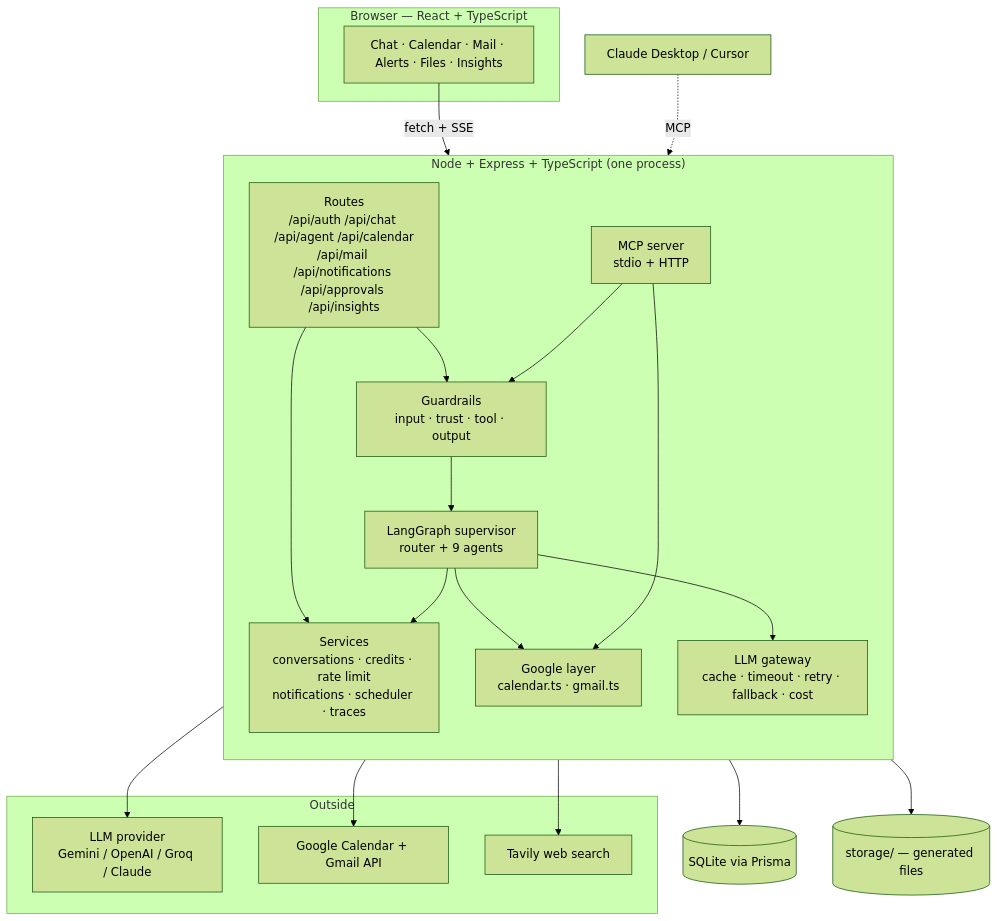
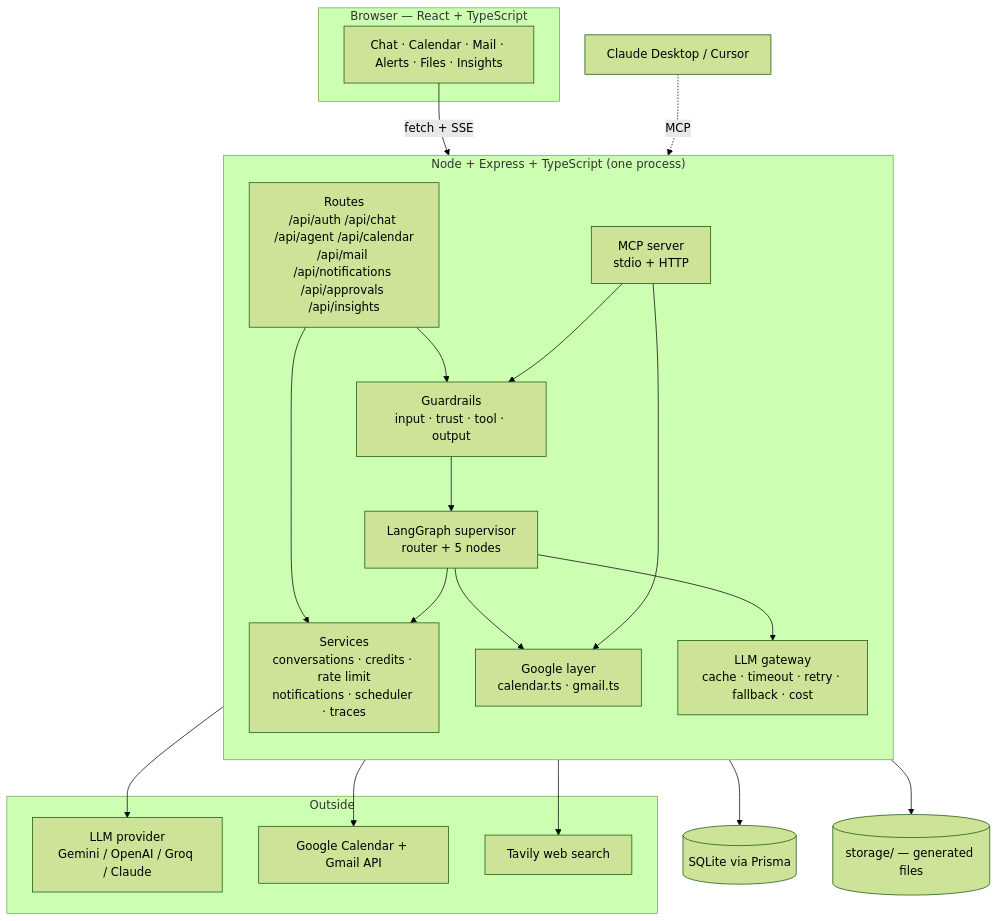
The first of 13 diagrams in docs/03-ARCHITECTURE.md (X-Rachit-X/AI_Secretary), drawn with Mermaid (forest theme) before and after one commit. The commit also changed other lines of this file and 27 other files, not shown here.

````diff
--- a/docs/03-ARCHITECTURE.md
+++ b/docs/03-ARCHITECTURE.md
@@ -27,43 +27,43 @@
 ```mermaid
 graph TB
     subgraph Browser["Browser — React + TypeScript"]
         UI["Chat · Calendar · Mail · Alerts · Files · Insights"]
     end
 
     subgraph Server["Node + Express + TypeScript (one process)"]
         direction TB
         R["Routes<br/>/api/auth /api/chat /api/agent /api/calendar<br/>/api/mail /api/notifications /api/approvals /api/insights"]
         GR["Guardrails<br/>input · trust · tool · output"]
-        G["LangGraph supervisor<br/>router + 9 agents"]
+        G["LangGraph supervisor<br/>router + 5 nodes"]
         GW["LLM gateway<br/>cache · timeout · retry · fallback · cost"]
         S["Services<br/>conversations · credits · rate limit<br/>notifications · scheduler · traces"]
         GO["Google layer<br/>calendar.ts · gmail.ts"]
         MCP["MCP server<br/>stdio + HTTP"]
     end
 
     subgraph External["Outside"]
         LLM["LLM provider<br/>Gemini / OpenAI / Groq / Claude"]
         GAPI["Google Calendar + Gmail API"]
         TAV["Tavily web search"]
     end
 
     DB[("SQLite via Prisma")]
     FS[("storage/ — generated files")]
 
     UI -->|"fetch + SSE"| R
     R --> GR
     GR --> G
     R --> S
     G --> S
     G --> GO
     G --> GW
     GW --> LLM
     G --> TAV
     MCP --> GR
     MCP --> GO
     GO --> GAPI
     S --> DB
     G --> FS
 
     HOST["Claude Desktop / Cursor"] -.->|"MCP"| MCP
 ```
````
